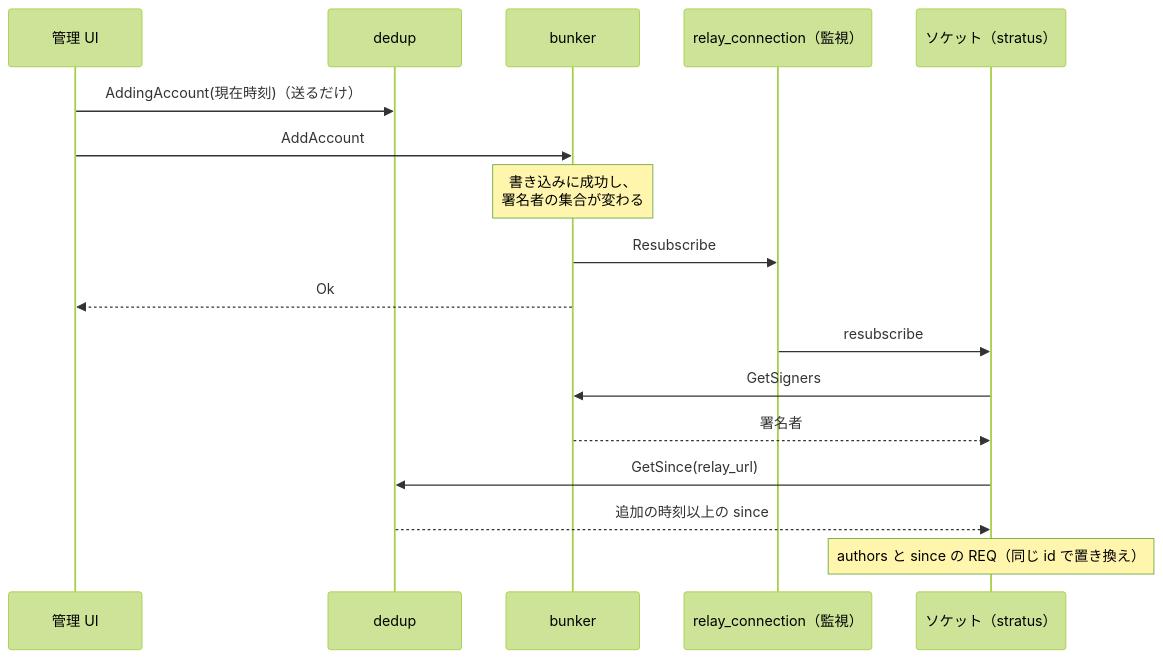
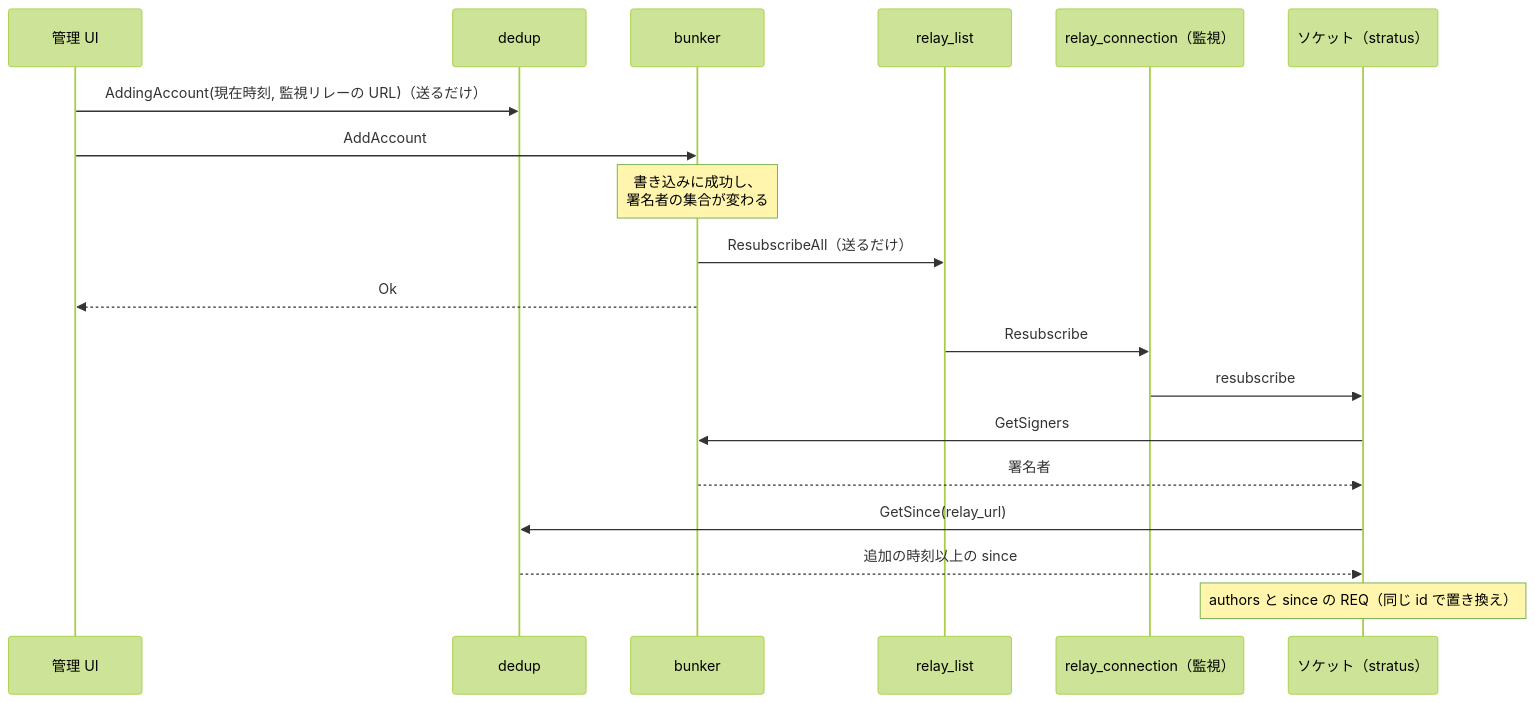
Before and after one commit to neverclear86/nostr-no-su: the third of 9 diagrams in docs/architecture.md, drawn with Mermaid (forest theme). The commit also changed other lines of this file and 14 other files, not shown here.

````diff
--- a/docs/architecture.md
+++ b/docs/architecture.md
@@ -189,20 +211,22 @@
 ```mermaid
 sequenceDiagram
     participant ui as 管理 UI
     participant dedup as dedup
     participant bk as bunker
+    participant list as relay_list
     participant conn as relay_connection（監視）
     participant sock as ソケット（stratus）
 
-    ui->>dedup: AddingAccount(現在時刻)（送るだけ）
+    ui->>dedup: AddingAccount(現在時刻, 監視リレーの URL)（送るだけ）
     ui->>bk: AddAccount
     Note over bk: 書き込みに成功し、<br/>署名者の集合が変わる
-    bk->>conn: Resubscribe
+    bk->>list: ResubscribeAll（送るだけ）
     bk-->>ui: Ok
+    list->>conn: Resubscribe
     conn->>sock: resubscribe
     sock->>bk: GetSigners
     bk-->>sock: 署名者
     sock->>dedup: GetSince(relay_url)
     dedup-->>sock: 追加の時刻以上の since
     Note over sock: authors と since の REQ（同じ id で置き換え）
 ```
````
